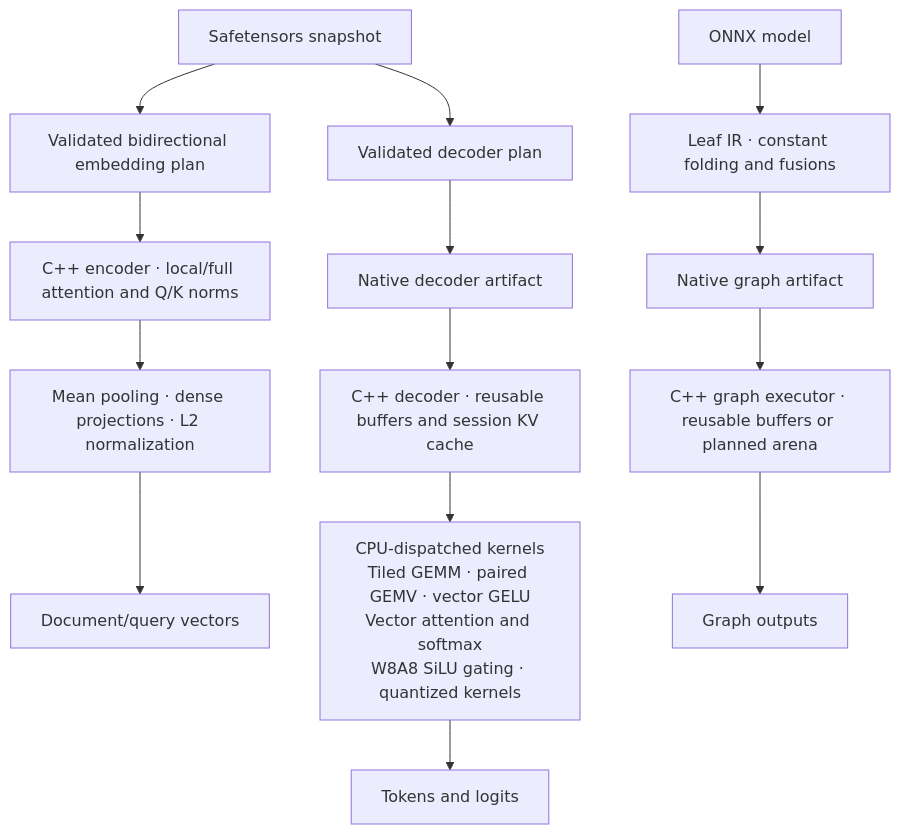
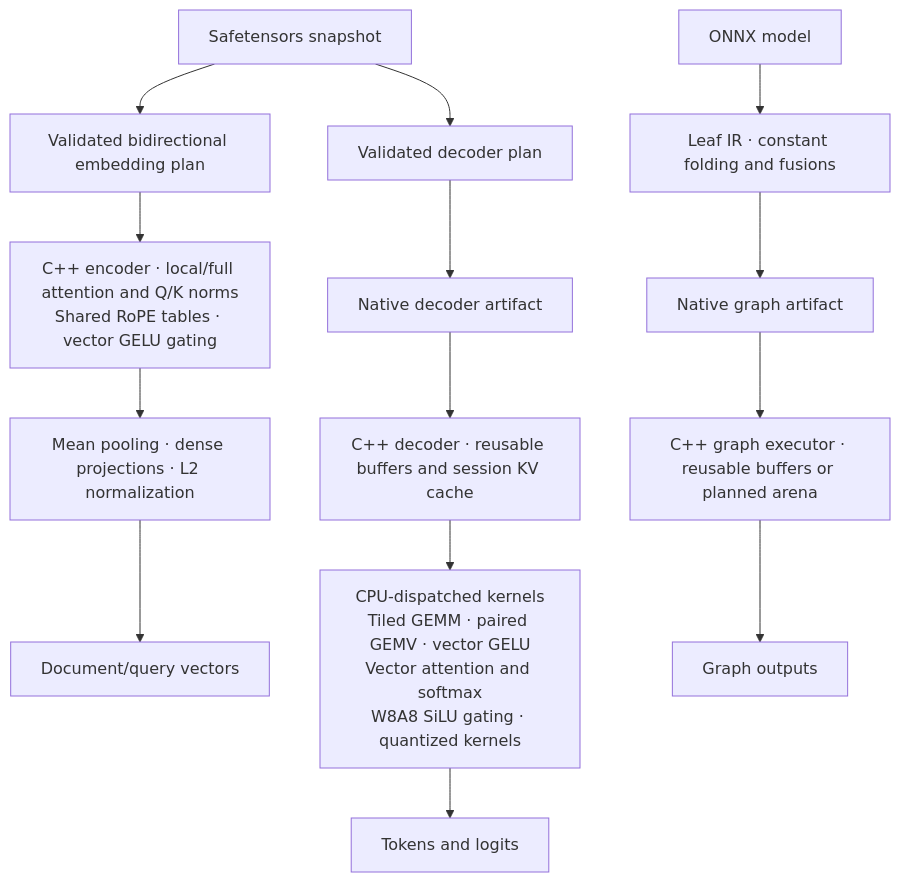
The first of 2 diagrams in README.md (Nbit-51/Leaf), drawn with Mermaid before and after one commit. The commit also changed other lines of this file and 16 other files, not shown here.

````diff
--- a/README.md
+++ b/README.md
@@ -120,16 +122,16 @@
 ```mermaid
 flowchart TB
     S["Safetensors snapshot"] --> P["Validated decoder plan"]
     S --> B["Validated bidirectional embedding plan"]
-    B --> N["C++ encoder · local/full attention and Q/K norms"]
+    B --> N["C++ encoder · local/full attention and Q/K norms<br/>Shared RoPE tables · vector GELU gating"]
     N --> V["Mean pooling · dense projections · L2 normalization"]
     V --> F["Document/query vectors"]
     O["ONNX model"] --> G["Leaf IR · constant folding and fusions"]
     P --> D["Native decoder artifact"]
     G --> A["Native graph artifact"]
     D --> R["C++ decoder · reusable buffers and session KV cache"]
     A --> E["C++ graph executor · reusable buffers or planned arena"]
     R --> K["CPU-dispatched kernels<br/>Tiled GEMM · paired GEMV · vector GELU<br/>Vector attention and softmax<br/>W8A8 SiLU gating · quantized kernels"]
     K --> T["Tokens and logits"]
     E --> U["Graph outputs"]
 ```
````
